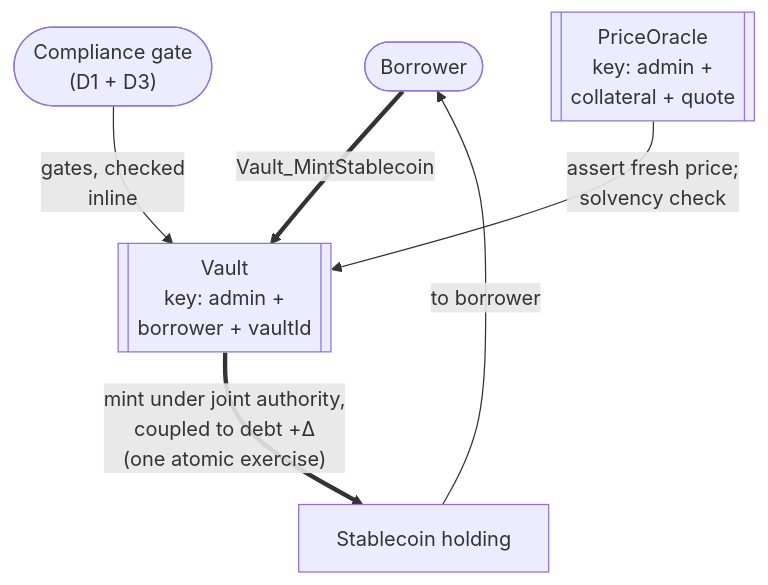
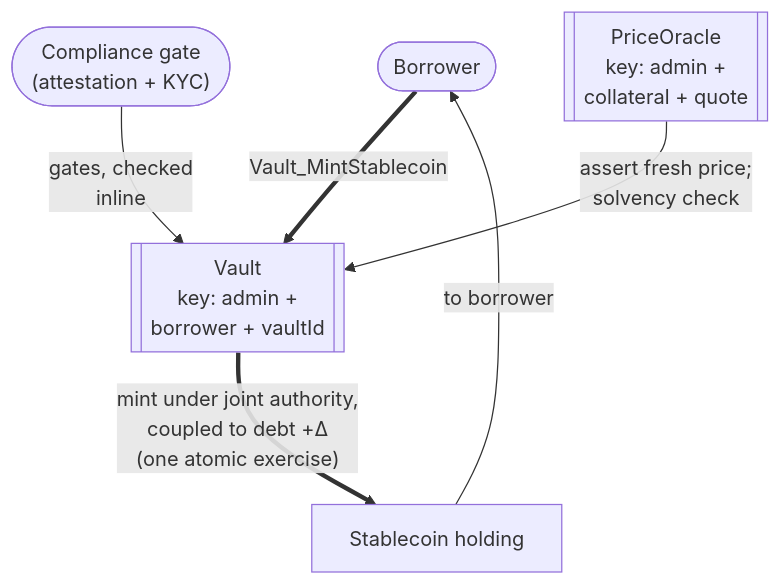
Before and after one commit to OpenZeppelin/canton-specs: the fourth of 7 diagrams in docs/reference-architectures/lending.md, drawn with Mermaid. The commit also changed other lines of this file and 3 other files, not shown here.

````diff
--- a/docs/reference-architectures/lending.md
+++ b/docs/reference-architectures/lending.md
@@ -192,14 +316,14 @@
 ```mermaid
 flowchart TD
     Borrower([Borrower])
-    Compliance(["Compliance gate<br/>(D1 + D3)"])
+    Compliance(["Compliance gate<br/>(attestation + KYC)"])
     Oracle[["PriceOracle<br/>key: admin +<br/>collateral + quote"]]
     Vault[["Vault<br/>key: admin +<br/>borrower + vaultId"]]
     Coin["Stablecoin holding"]
 
     Borrower ==>|"Vault_MintStablecoin"| Vault
     Compliance -->|"gates, checked<br/>inline"| Vault
     Oracle -->|"assert fresh price;<br/>solvency check"| Vault
     Vault ==>|"mint under joint authority,<br/>coupled to debt +Δ<br/>(one atomic exercise)"| Coin
     Coin -->|"to borrower"| Borrower
 ```
````
